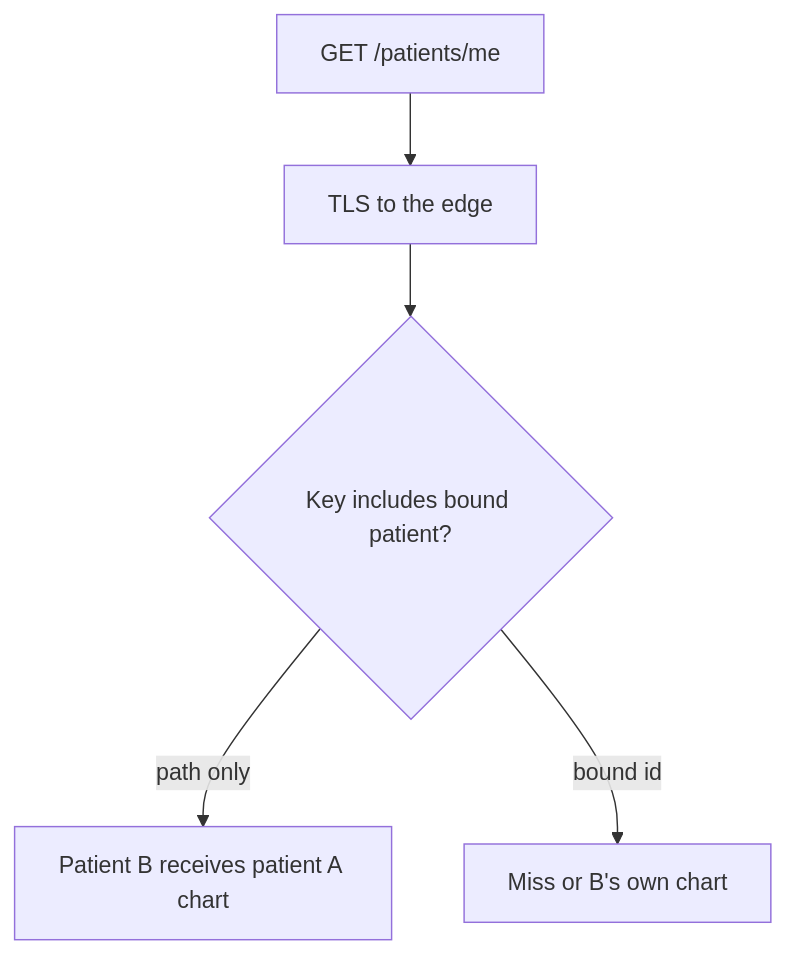
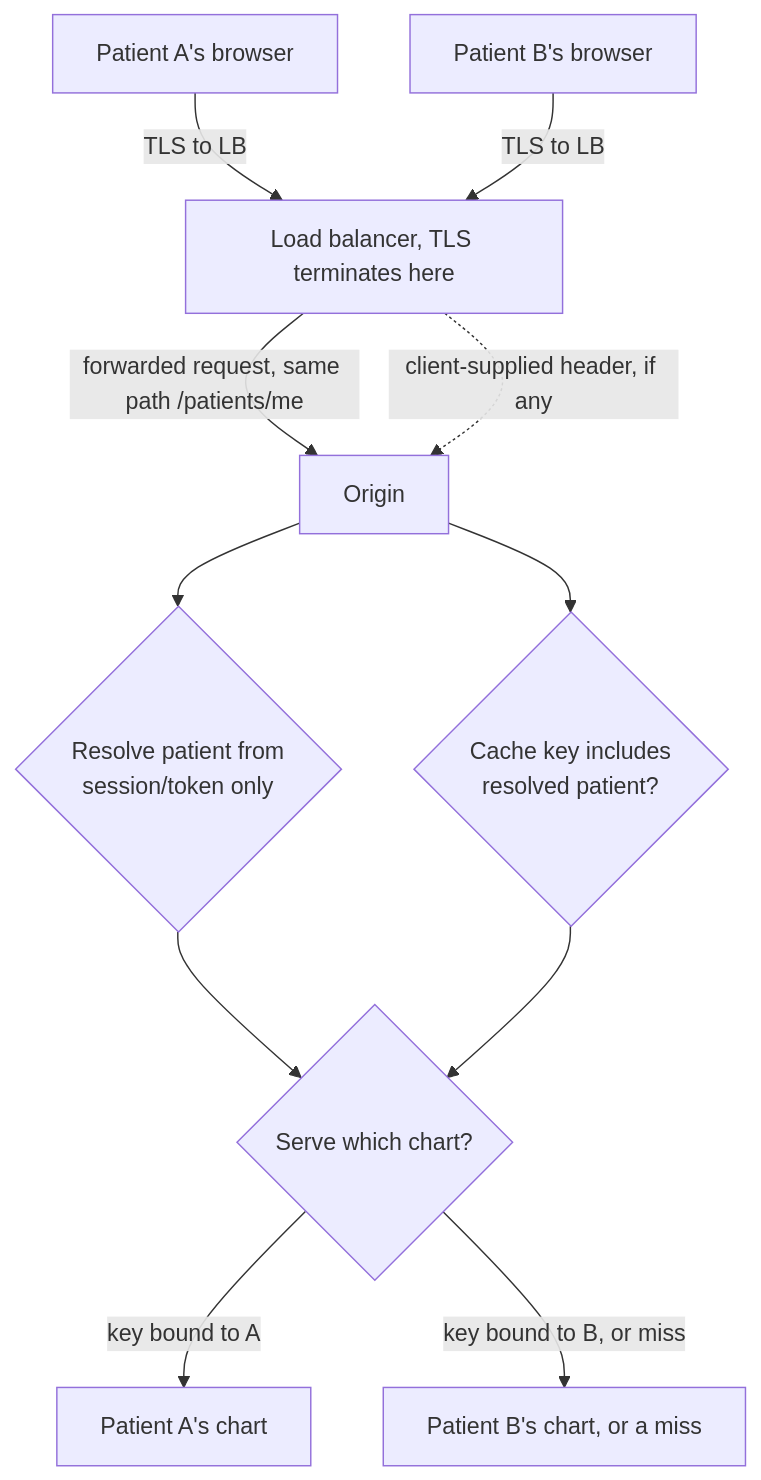
The diagram in content/modules/2/2.2/lessons/07-transfer.md (ishitvagoel/LearnSecurity), drawn with Mermaid before and after one commit. The commit also changed other lines of this file and 19 other files, not shown here.

````diff
--- a/content/modules/2/2.2/lessons/07-transfer.md
+++ b/content/modules/2/2.2/lessons/07-transfer.md
@@ -21,7 +24,13 @@
 ```mermaid
 flowchart TD
-  Me["GET /patients/me"] --> TLS["TLS to the edge"]
-  TLS --> Key{Key includes bound patient?}
-  Key -->|path only| Leak["Patient B receives patient A chart"]
-  Key -->|bound id| Ok["Miss or B's own chart"]
+  P1[Patient A's browser] -->|TLS to LB| LB[Load balancer, TLS terminates here]
+  P2[Patient B's browser] -->|TLS to LB| LB
+  LB -->|forwarded request, same path /patients/me| Origin
+  LB -.client-supplied header, if any.-> Origin
+  Origin --> Auth{"Resolve patient from\nsession/token only"}
+  Origin --> CacheCheck{"Cache key includes\nresolved patient?"}
+  Auth --> Decision{Serve which chart?}
+  CacheCheck --> Decision
+  Decision -->|key bound to A| ChartA[Patient A's chart]
+  Decision -->|key bound to B, or miss| ChartBorMiss[Patient B's chart, or a miss]
 ```
````
